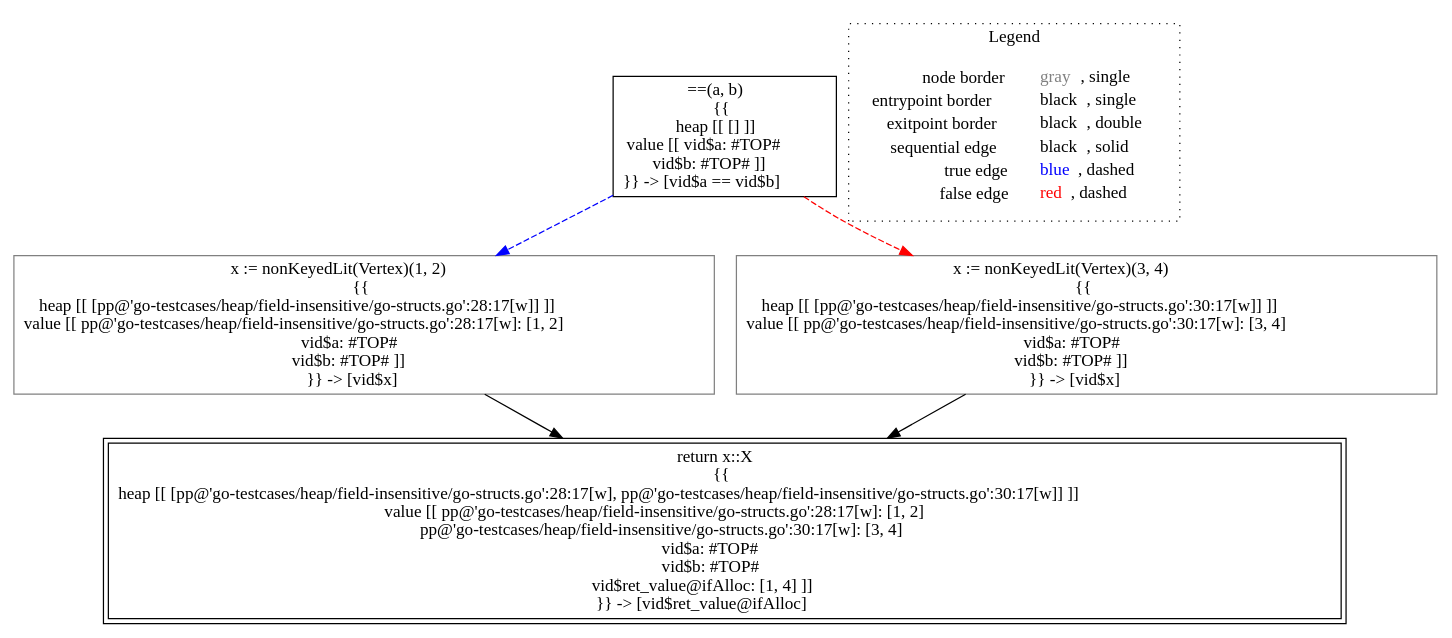
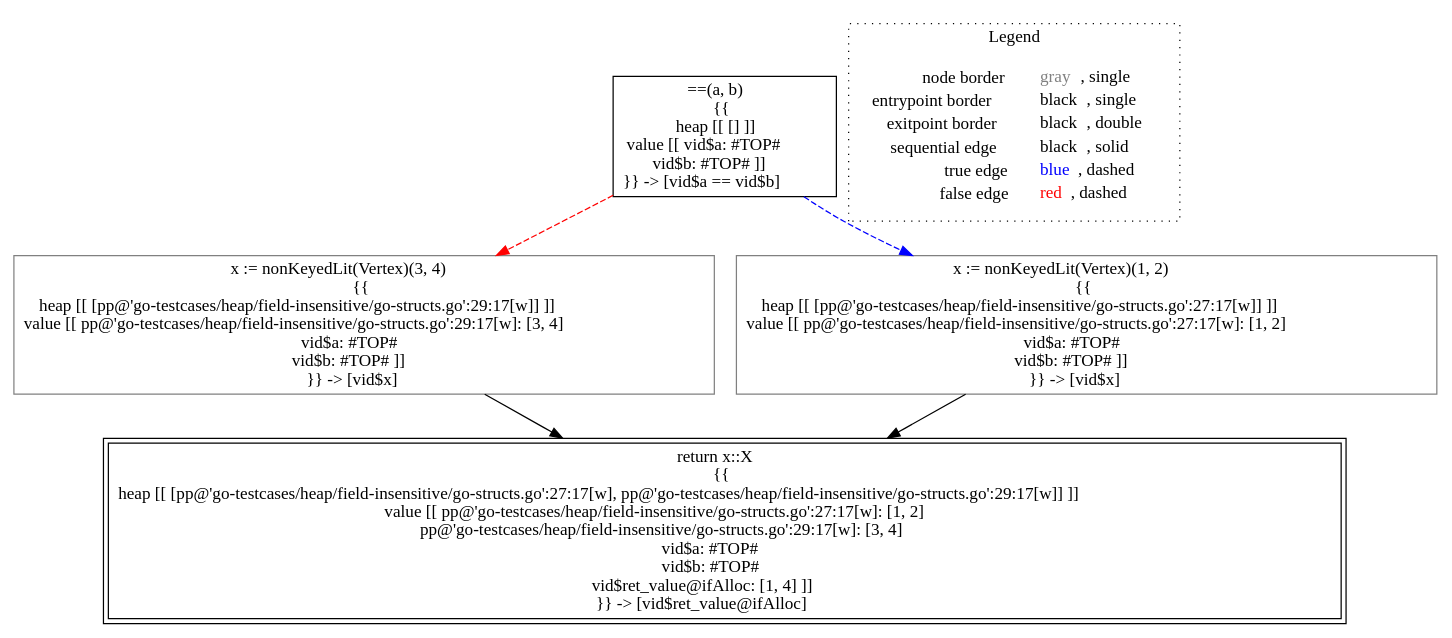
The diagram in go-lisa/go-testcases/heap/field-insensitive/analysis___untyped_~LiSAProgram.ifAlloc(int_a,_int_b).dot (lisa-analyzer/go-lisa), drawn with Graphviz before and after one commit. The commit also changed 14 other files, not shown here.

```diff
--- a/go-lisa/go-testcases/heap/field-insensitive/analysis___untyped_~LiSAProgram.ifAlloc(int_a,_int_b).dot
+++ b/go-lisa/go-testcases/heap/field-insensitive/analysis___untyped_~LiSAProgram.ifAlloc(int_a,_int_b).dot
@@ -1,17 +1,17 @@
 digraph {
 	"node0" [shape="rect",color="black",label=<==(a, b)<BR/>{{<BR/>heap [[ [] ]]<BR/>value [[ vid$a: #TOP#<BR/>vid$b: #TOP# ]]<BR/>}} -&gt; [vid$a == vid$b]>];
-	"node1" [shape="rect",color="black",peripheries="2",label=<return x::X<BR/>{{<BR/>heap [[ [pp@'go-testcases/heap/field-insensitive/go-structs.go':28:17[w], pp@'go-testcases/heap/field-insensitive/go-structs.go':30:17[w]] ]]<BR/>value [[ pp@'go-testcases/heap/field-insensitive/go-structs.go':28:17[w]: [1, 2]<BR/>pp@'go-testcases/heap/field-insensitive/go-structs.go':30:17[w]: [3, 4]<BR/>vid$a: #TOP#<BR/>vid$b: #TOP#<BR/>vid$ret_value@ifAlloc: [1, 4] ]]<BR/>}} -&gt; [vid$ret_value@ifAlloc]>];
-	"node2" [shape="rect",color="gray",label=<x := nonKeyedLit(Vertex)(1, 2)<BR/>{{<BR/>heap [[ [pp@'go-testcases/heap/field-insensitive/go-structs.go':28:17[w]] ]]<BR/>value [[ pp@'go-testcases/heap/field-insensitive/go-structs.go':28:17[w]: [1, 2]<BR/>vid$a: #TOP#<BR/>vid$b: #TOP# ]]<BR/>}} -&gt; [vid$x]>];
-	"node3" [shape="rect",color="gray",label=<x := nonKeyedLit(Vertex)(3, 4)<BR/>{{<BR/>heap [[ [pp@'go-testcases/heap/field-insensitive/go-structs.go':30:17[w]] ]]<BR/>value [[ pp@'go-testcases/heap/field-insensitive/go-structs.go':30:17[w]: [3, 4]<BR/>vid$a: #TOP#<BR/>vid$b: #TOP# ]]<BR/>}} -&gt; [vid$x]>];
-	"node2" -> "node1" [color="black"];
-	"node3" -> "node1" [color="black"];
+	"node1" [shape="rect",color="gray",label=<x := nonKeyedLit(Vertex)(3, 4)<BR/>{{<BR/>heap [[ [pp@'go-testcases/heap/field-insensitive/go-structs.go':29:17[w]] ]]<BR/>value [[ pp@'go-testcases/heap/field-insensitive/go-structs.go':29:17[w]: [3, 4]<BR/>vid$a: #TOP#<BR/>vid$b: #TOP# ]]<BR/>}} -&gt; [vid$x]>];
+	"node2" [shape="rect",color="gray",label=<x := nonKeyedLit(Vertex)(1, 2)<BR/>{{<BR/>heap [[ [pp@'go-testcases/heap/field-insensitive/go-structs.go':27:17[w]] ]]<BR/>value [[ pp@'go-testcases/heap/field-insensitive/go-structs.go':27:17[w]: [1, 2]<BR/>vid$a: #TOP#<BR/>vid$b: #TOP# ]]<BR/>}} -&gt; [vid$x]>];
+	"node3" [shape="rect",color="black",peripheries="2",label=<return x::X<BR/>{{<BR/>heap [[ [pp@'go-testcases/heap/field-insensitive/go-structs.go':27:17[w], pp@'go-testcases/heap/field-insensitive/go-structs.go':29:17[w]] ]]<BR/>value [[ pp@'go-testcases/heap/field-insensitive/go-structs.go':27:17[w]: [1, 2]<BR/>pp@'go-testcases/heap/field-insensitive/go-structs.go':29:17[w]: [3, 4]<BR/>vid$a: #TOP#<BR/>vid$b: #TOP#<BR/>vid$ret_value@ifAlloc: [1, 4] ]]<BR/>}} -&gt; [vid$ret_value@ifAlloc]>];
+	"node0" -> "node1" [color="red",style="dashed"];
 	"node0" -> "node2" [color="blue",style="dashed"];
-	"node0" -> "node3" [color="red",style="dashed"];
+	"node1" -> "node3" [color="black"];
+	"node2" -> "node3" [color="black"];
 subgraph cluster_legend {
 	label="Legend";
 	style=dotted;
 	node [shape=plaintext];
 	"legend" [label=<<table border="0" cellpadding="2" cellspacing="0" cellborder="0"><tr><td align="right">node border&nbsp;</td><td align="left"><font color="gray">gray</font>, single</td></tr><tr><td align="right">entrypoint border&nbsp;</td><td align="left"><font color="black">black</font>, single</td></tr><tr><td align="right">exitpoint border&nbsp;</td><td align="left"><font color="black">black</font>, double</td></tr><tr><td align="right">sequential edge&nbsp;</td><td align="left"><font color="black">black</font>, solid</td></tr><tr><td align="right">true edge&nbsp;</td><td align="left"><font color="blue">blue</font>, dashed</td></tr><tr><td align="right">false edge&nbsp;</td><td align="left"><font color="red">red</font>, dashed</td></tr></table>>];
 }
 
 }
```
